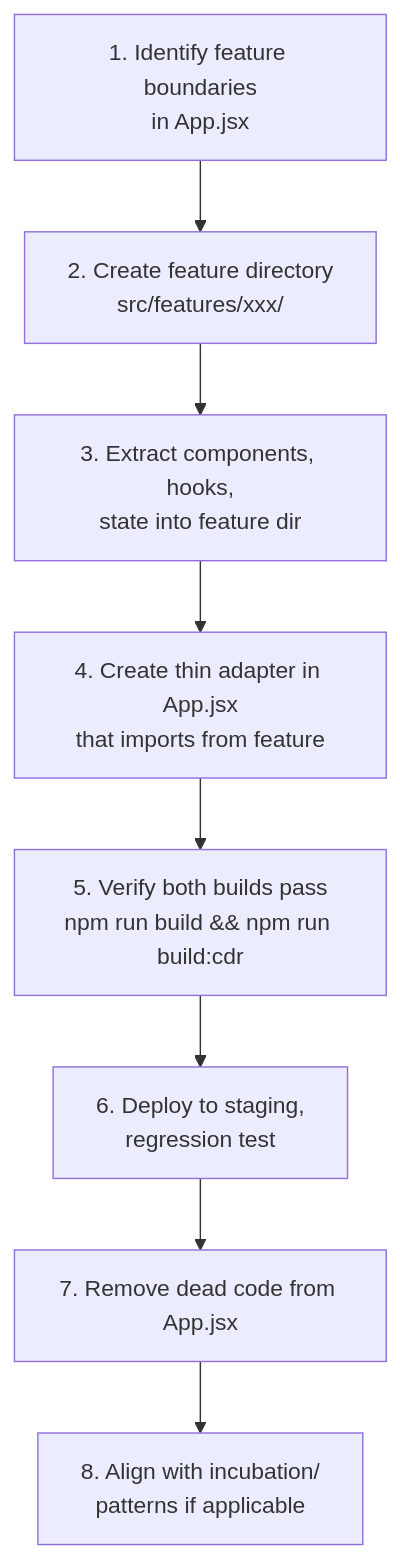
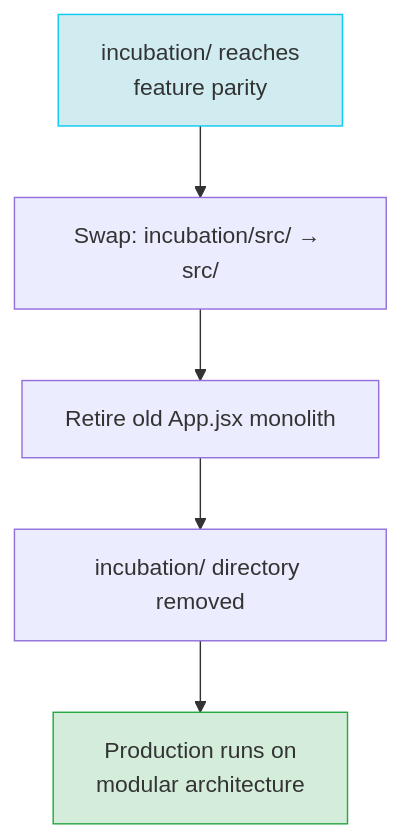
The second of 2 diagrams in docs/linkx_frontend_strategy.md (atenatiwosgetachew1-ET/Linkx-Frontend_alpha_v1), drawn with Mermaid before and after one commit. The commit also changed other lines of this file, not shown here.

````diff
--- a/docs/linkx_frontend_strategy.md
+++ b/docs/linkx_frontend_strategy.md
@@ -371,10 +248,10 @@
 ```mermaid
 flowchart TD
-    A["1. Identify feature boundaries<br/>in App.jsx"] --> B["2. Create feature directory<br/>src/features/xxx/"]
-    B --> C["3. Extract components, hooks,<br/>state into feature dir"]
-    C --> D["4. Create thin adapter in App.jsx<br/>that imports from feature"]
-    D --> E["5. Verify both builds pass<br/>npm run build && npm run build:cdr"]
-    E --> F["6. Deploy to staging,<br/>regression test"]
-    F --> G["7. Remove dead code from App.jsx"]
-    G --> H["8. Align with incubation/<br/>patterns if applicable"]
+    A["incubation/ reaches<br/>feature parity"] --> B["Swap: incubation/src/ → src/"]
+    B --> C["Retire old App.jsx monolith"]
+    C --> D["incubation/ directory removed"]
+    D --> E["Production runs on<br/>modular architecture"]
+
+    style A fill:#d1ecf1,stroke:#0dcaf0
+    style E fill:#d4edda,stroke:#28a745
 ```
````
